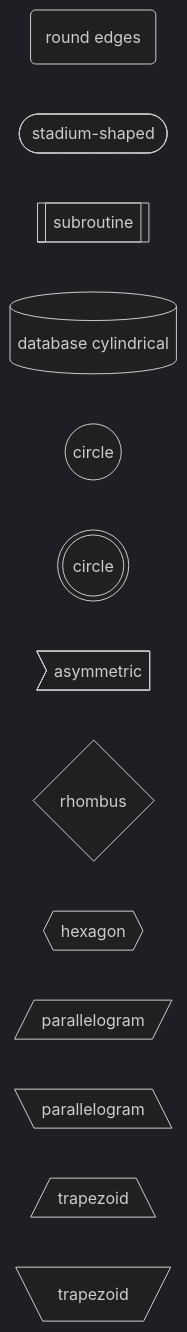
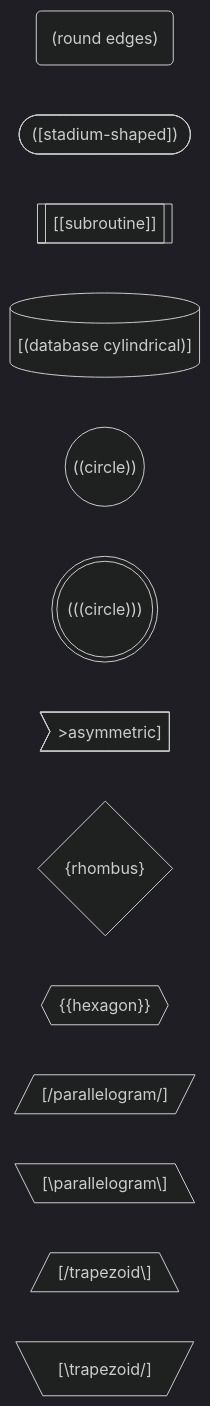
Before and after one commit to ryomashita/mermaid-example: diagram 11 of 17 in flow-chart.md, drawn with Mermaid (dark theme). The commit also changed other lines of this file, not shown here.

````diff
--- a/flow-chart.md
+++ b/flow-chart.md
@@ -214,16 +221,16 @@
 ```mermaid
 flowchart RL
-    re(round edges)
-    ss([stadium-shaped])
-    sr[[subroutine]]
-    cl[(database cylindrical)]
-    cir((circle))
-    cir2(((circle)))
-    asym>asymmetric]
-    rho{rhombus}
-    hex{{hexagon}}
-    para[/parallelogram/]
-    para2[\parallelogram\]
-    trape[/trapezoid\]
-    trape2[\trapezoid/]
+    re("(round edges)")
+    ss(["([stadium-shaped])"])
+    sr[["[[subroutine]]"]]
+    cl[("[(database cylindrical)]")]
+    cir(("((circle))"))
+    cir2((("(((circle)))")))
+    asym>">asymmetric]"]
+    rho{"{rhombus}"}
+    hex{{"{{hexagon}}"}}
+    para[/"[/parallelogram/]"/]
+    para2[\"[\parallelogram\]"\]
+    trape[/"[/trapezoid\]"\]
+    trape2[\"[\trapezoid/]"/]
 ```
````
